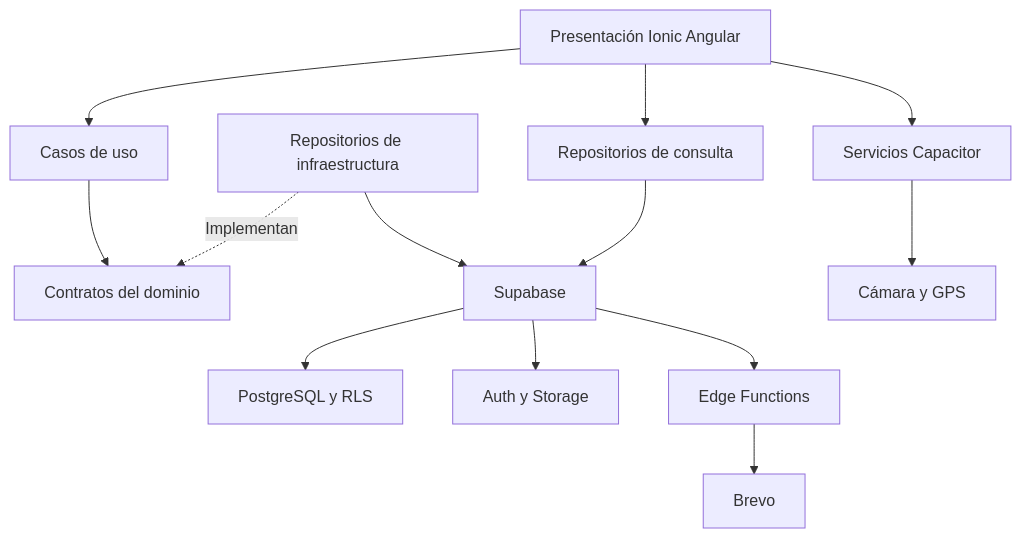
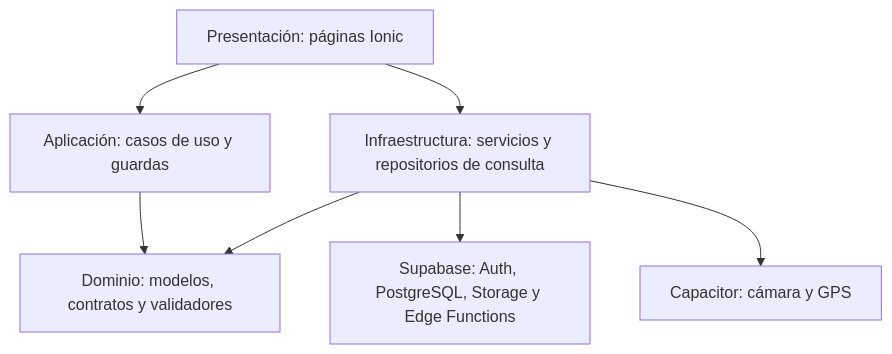
The first of 2 diagrams in README.md (josselynreyes-ux/Examen01_DesarrolloMovil), drawn with Mermaid before and after one commit. The commit also changed other lines of this file, not shown here.

````diff
--- a/README.md
+++ b/README.md
@@ -135,15 +108,9 @@
 ```mermaid
 flowchart TD
-    A[Presentación Ionic Angular] --> B[Casos de uso]
-    B --> C[Contratos del dominio]
-    D[Repositorios de infraestructura] -. Implementan .-> C
-    D --> E[Supabase]
-    A --> F[Repositorios de consulta]
-    F --> E
-    A --> G[Servicios Capacitor]
-    G --> H[Cámara y GPS]
-    E --> I[PostgreSQL y RLS]
-    E --> J[Auth y Storage]
-    E --> K[Edge Functions]
-    K --> L[Brevo]
+    P[Presentación: páginas Ionic] --> A[Aplicación: casos de uso y guardas]
+    A --> D[Dominio: modelos, contratos y validadores]
+    P --> I[Infraestructura: servicios y repositorios de consulta]
+    I --> D
+    I --> S[Supabase: Auth, PostgreSQL, Storage y Edge Functions]
+    I --> C[Capacitor: cámara y GPS]
 ```
````
